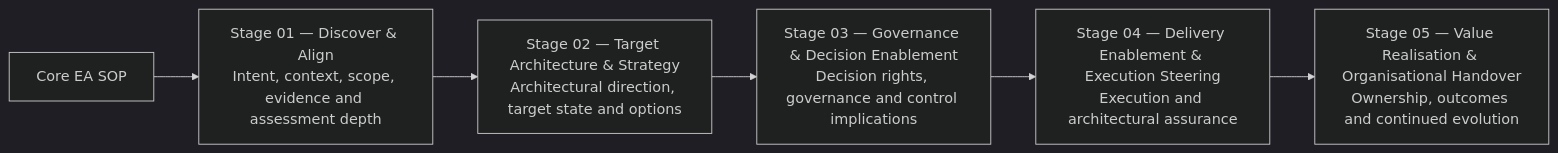
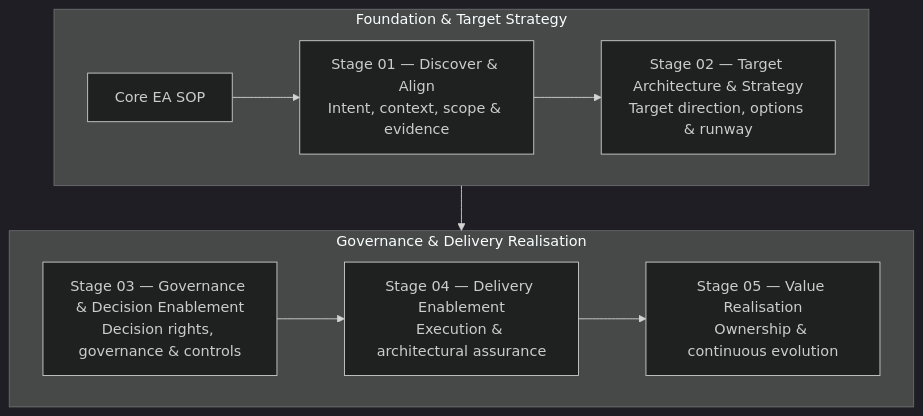
The second of 24 diagrams in docs/sop/methods/architecture-assessment-and-roadmap.md (avfranco-br/portfolio), drawn with Mermaid (dark theme) before and after one commit. The commit also changed other lines of this file and 10 other files, not shown here.

Commit message:
Refactor Mermaid diagrams across SOP and methods documentation for legibility

````diff
--- a/docs/sop/methods/architecture-assessment-and-roadmap.md
+++ b/docs/sop/methods/architecture-assessment-and-roadmap.md
@@ -68,14 +78,16 @@
 ```mermaid
-flowchart LR
-    A["Core EA SOP"]
-    B["Stage 01 — Discover & Align<br/>Intent, context, scope, evidence and assessment depth"]
-    C["Stage 02 — Target Architecture & Strategy<br/>Architectural direction, target state and options"]
-    D["Stage 03 — Governance & Decision Enablement<br/>Decision rights, governance and control implications"]
-    E["Stage 04 — Delivery Enablement & Execution Steering<br/>Execution and architectural assurance"]
-    F["Stage 05 — Value Realisation & Organisational Handover<br/>Ownership, outcomes and continued evolution"]
-    A --> B
-    B --> C
+flowchart TD
+    subgraph Tier1["Foundation & Target Strategy"]
+        direction LR
+        A["Core EA SOP"] --> B["Stage 01 — Discover & Align<br/>Intent, context, scope & evidence"]
+        B --> C["Stage 02 — Target Architecture & Strategy<br/>Target direction, options & runway"]
+    end
+
+    subgraph Tier2["Governance & Delivery Realisation"]
+        direction LR
+        D["Stage 03 — Governance & Decision Enablement<br/>Decision rights, governance & controls"] --> E["Stage 04 — Delivery Enablement<br/>Execution & architectural assurance"]
+        E --> F["Stage 05 — Value Realisation<br/>Ownership & continuous evolution"]
+    end
+
     C --> D
-    D --> E
-    E --> F
 ```
````
